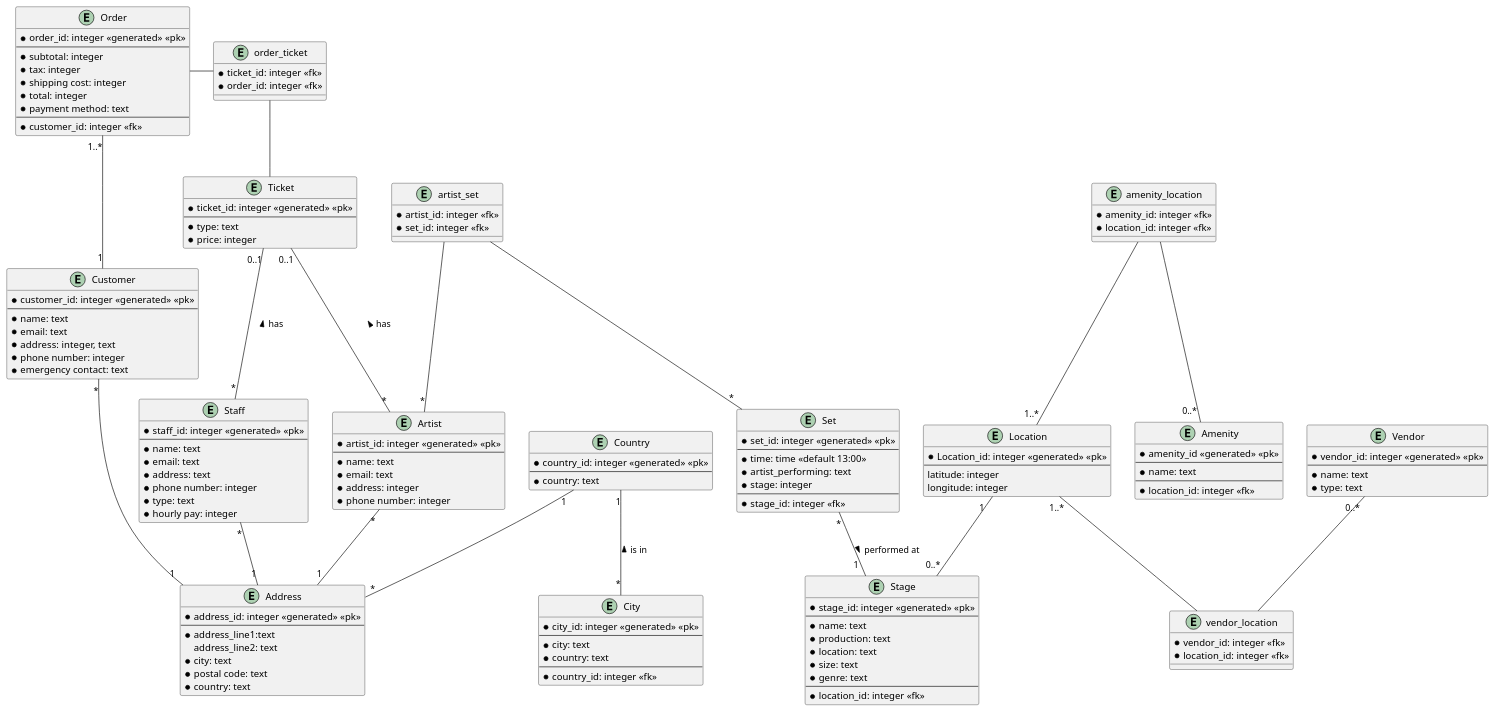
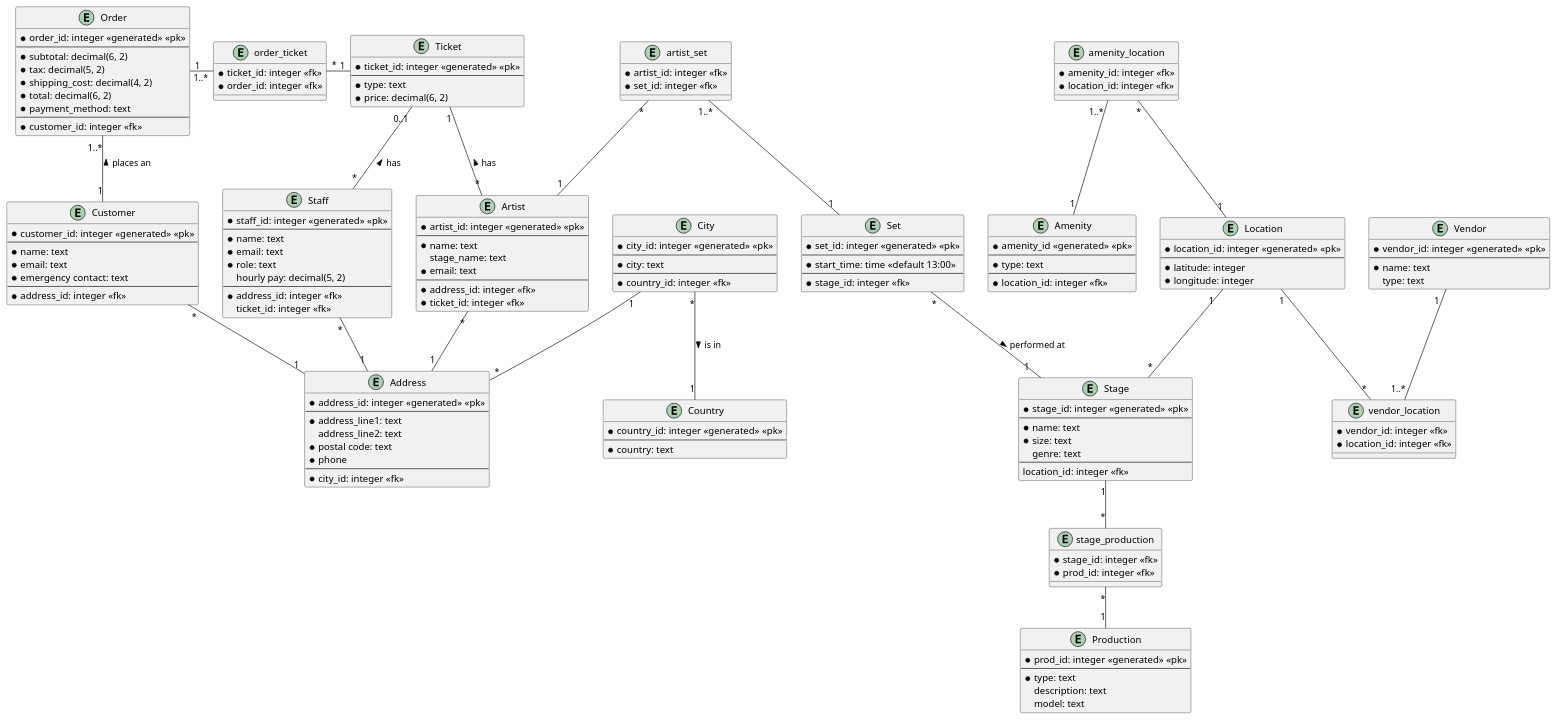
The second of 2 diagrams in physical_2395018_1887026.md (tristandasilva/cosmic_queries), drawn with PlantUML before and after one commit. The commit also changed other lines of this file and 1 other file, not shown here.

Commit message:
Tristan's changes to physical diagram, updating logical diagram

````diff
--- a/physical_2395018_1887026.md
+++ b/physical_2395018_1887026.md
@@ -149,39 +12,34 @@
     * ticket_id: integer <<generated>> <<pk>>
     --
     * type: text
-    * price: integer
+    * price: decimal(6, 2)
 }
 
 entity Order {
     * order_id: integer <<generated>> <<pk>>
     --
-    * subtotal: integer 
-    * tax: integer
-    * shipping cost: integer
-    * total: integer
-    * payment method: text
+    * subtotal: decimal(6, 2)
+    * tax: decimal(5, 2)
+    * shipping_cost: decimal(4, 2)
+    * total: decimal(6, 2)
+    * payment_method: text
     --
     * customer_id: integer <<fk>>
 }
 
+entity order_ticket {
+    * ticket_id: integer <<fk>>
+    * order_id: integer <<fk>>
+}
 
 entity Customer {
     * customer_id: integer <<generated>> <<pk>>
     --
     * name: text
     * email: text
-    * address: integer, text
-    * phone number: integer
     * emergency contact: text
-}
-
-entity Artist {
-    * artist_id: integer <<generated>> <<pk>>
     --
-    * name: text
-    * email: text
-    * address: integer
-    * phone number: integer
+    * address_id: integer <<fk>>
 }
 
 entity Staff {
@@ -189,39 +47,39 @@
     --
     * name: text
     * email: text
-    * address: text
-    * phone number: integer
-    * type: text
-    * hourly pay: integer
+    * role: text
+    hourly pay: decimal(5, 2)
+    --
+    * address_id: integer <<fk>>
+    ticket_id: integer <<fk>>
 }
 
 entity Stage {
     * stage_id: integer <<generated>> <<pk>>
     --
     * name: text
-    * production: text
-    * location: text
     * size: text
-    * genre: text
+    genre: text
     --
-    * location_id: integer <<fk>>
+    location_id: integer <<fk>>
 }
 
 entity Vendor {
     * vendor_id: integer <<generated>> <<pk>>
     --
     * name: text
-    * type: text
+    type: text
 }
 
 entity Address {
     * address_id: integer <<generated>> <<pk>>
     --
-    * address_line1:text
+    * address_line1: text
     address_line2: text
-    * city: text
     * postal code: text
-    * country: text
+    * phone
+    --
+    * city_id: integer <<fk>>
 }
 
 entity Country {
@@ -234,44 +92,23 @@
     * city_id: integer <<generated>> <<pk>>
     --
     * city: text
-    * country: text
     --
     * country_id: integer <<fk>>
 }
 
 entity Location {
-    * Location_id: integer <<generated>> <<pk>>
+    * location_id: integer <<generated>> <<pk>>
     --
-    latitude: integer
-    longitude: integer
+    * latitude: integer
+    * longitude: integer
 }
 
 entity Amenity {
     * amenity_id <<generated>> <<pk>>
     --
-    * name: text
+    * type: text
     --
     * location_id: integer <<fk>>
-}
-
-entity Set {
-    * set_id: integer <<generated>> <<pk>>
-    --
-    * time: time <<default 13:00>>
-    * artist_performing: text
-    * stage: integer
-    --
-    * stage_id: integer <<fk>>
-}
-
-entity order_ticket {
-    * ticket_id: integer <<fk>>
-    * order_id: integer <<fk>>
-}
-
-entity artist_set {
-    * artist_id: integer <<fk>>
-    * set_id: integer <<fk>>
 }
 
 entity amenity_location {
@@ -284,30 +121,69 @@
     * location_id: integer <<fk>>
 }
 
-Order - order_ticket
-order_ticket -- Ticket
-Order "1..*" -- "1" Customer
+entity Set {
+    * set_id: integer <<generated>> <<pk>>
+    --
+    * start_time: time <<default 13:00>>
+    --
+    * stage_id: integer <<fk>>
+}
+
+entity Artist {
+    * artist_id: integer <<generated>> <<pk>>
+    --
+    * name: text
+    stage_name: text
+    * email: text
+    --
+    * address_id: integer <<fk>>
+    * ticket_id: integer <<fk>>
+}
+
+entity artist_set {
+    * artist_id: integer <<fk>>
+    * set_id: integer <<fk>>
+}
+
+entity Production {
+    * prod_id: integer <<generated>> <<pk>>
+    --
+    * type: text
+    description: text
+    model: text
+}
+
+entity stage_production {
+    * stage_id: integer <<fk>>
+    * prod_id: integer <<fk>>
+}
+
+Order "1" - "  1..*" order_ticket
+order_ticket "*" - "1" Ticket
+Order "1..*" -- "1" Customer: < places an
 'Order -- "*" Ticket
 'Ticket "1..*" -- "1" Customer: buys <
-Ticket "0..1" -- "*" Artist: has <
+Ticket "1" -- "*" Artist: has <
 Ticket "0..1" -- "*" Staff: has <
 'Stage "1..*" -- "1..*" Artist: performs at <
-Location "1  " -- "0..*" Stage
-'Location "1..*" -- "0..*" Vendor
-'Location "1..*" -- "0..*" Amenity
+Location "1  " -- "*" Stage
+'Location "1..*" -- "*" Vendor
+'Location "1..*" -- "*" Amenity
 Artist "*" -- "1" Address
 Staff "*" -- "1" Address
 Customer "*" -- "1" Address
-Country "1" -- "*" Address
-Country "1" -- "*" City: is in <
+City "1" -- "*" Address
+City "*" -- "1" Country: is in >
 Set "*" -- "1  " Stage: performed at >
 'Set "*" -- "*" Artist
-artist_set -- "*" Artist
-artist_set -- "*" Set
-Vendor "0..*" -- vendor_location
-Location "  1..*" -- vendor_location
-amenity_location -- "0..* " Amenity
-amenity_location -- "1..*" Location
+artist_set "*" -- "1" Artist
+artist_set "1..*" -- "1" Set
+Vendor "1  " -- "1..*" vendor_location
+Location "  1" -- "*" vendor_location
+amenity_location "1..* " -- "1" Amenity
+amenity_location "*" -- "1" Location
+Stage "1" -- "*" stage_production
+stage_production "*" -- "1" Production
 
 @enduml
 ```
````
